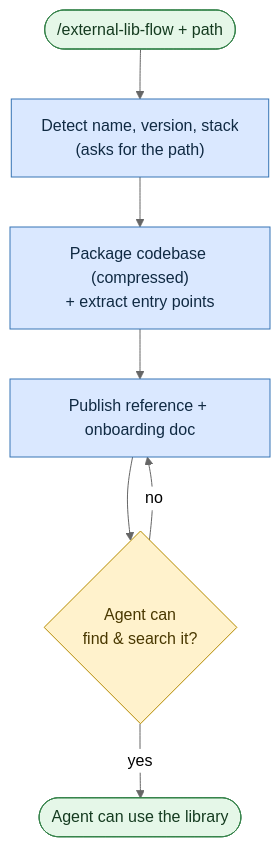
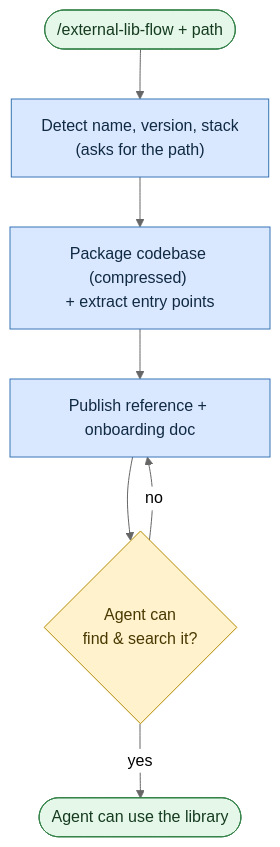
Before and after one commit to griddynamics/rosetta: the diagram in user-guide/scenarios/onboard-a-library.md, drawn with Mermaid (neutral theme). The commit also changed 12 other files, not shown here.

````diff
--- a/user-guide/scenarios/onboard-a-library.md
+++ b/user-guide/scenarios/onboard-a-library.md
@@ -24,16 +24,16 @@
 ```mermaid
 flowchart TB
-    Start(["/external-lib-flow + path"]) --> Discover["Detect name, version, stack<br>(asks for the path)"]
-    Discover --> Analyze["Package codebase (compressed)<br>+ extract entry points"]
+    Start(["/external-lib-flow + path"]) --> Discover["Detect name, version, stack <br>(asks for the path)"]
+    Discover --> Analyze["Package codebase (compressed) <br>+ extract entry points"]
     Analyze --> Publish["Publish reference + onboarding doc"]
-    Publish --> Verify{"Agent can<br>find & search it?"}
+    Publish --> Verify{"Agent can <br>find & search it?"}
     Verify -->|no| Publish
     Verify -->|yes| Done(["Agent can use the library"])
 
     classDef step fill:#dae8ff,stroke:#3674b5,color:#102a43;
     classDef gate fill:#fff2cc,stroke:#b58b00,color:#493800;
     classDef done fill:#e5f7e8,stroke:#35834a,color:#153b20;
     class Discover,Analyze,Publish step;
     class Verify gate;
     class Start,Done done;
 ```
````
